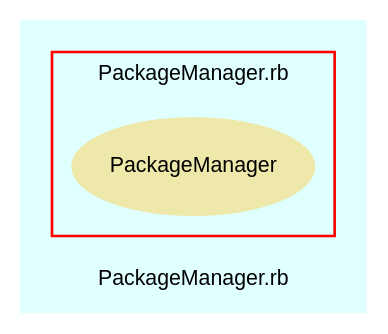
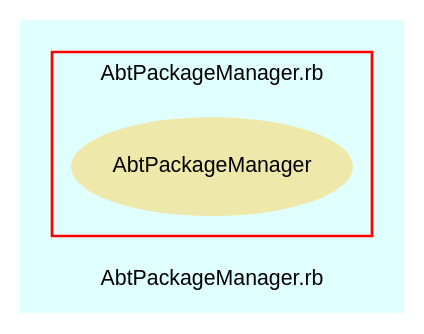
The diagram in src/trunk/doc/dot/f_0.dot (eschabell/abtlinux), drawn with Graphviz before and after one commit. The commit also changed 41 other files, not shown here.

```diff
--- a/src/trunk/doc/dot/f_0.dot
+++ b/src/trunk/doc/dot/f_0.dot
@@ -1,28 +1,28 @@
 digraph TopLevel {
     compound = true
     bgcolor = lightcyan1
     fontname = Arial
     fontsize = 8
-    label = "PackageManager.rb"
+    label = "AbtPackageManager.rb"
     node [
         fontname = Arial,
         fontsize = 8,
         color = black
     ]
 
     subgraph cluster_1 {
         fontname = Arial
         color = red
-        label = "PackageManager.rb"
-        PackageManager [
+        label = "AbtPackageManager.rb"
+        AbtPackageManager [
             fontcolor = black,
-            URL = "classes/PackageManager.html",
+            URL = "classes/AbtPackageManager.html",
             shape = ellipse,
             color = palegoldenrod,
             style = filled,
-            label = "PackageManager"
+            label = "AbtPackageManager"
         ]
 
     }
 
 }
```
